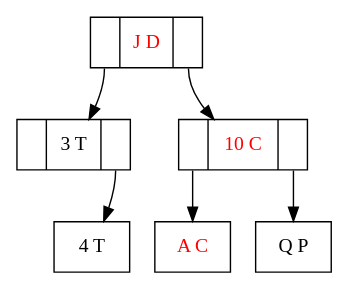
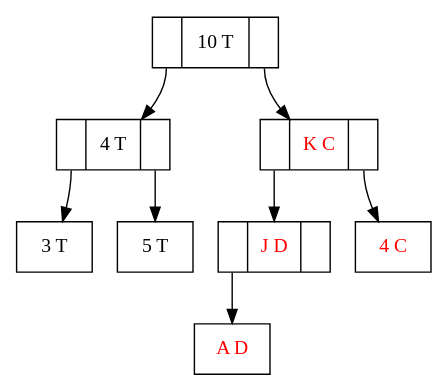
One commit to ElMalRod/Pyramid-Proyecto-2-EDD changed the diagram in aux_grafico.dot. Above: the diagram before and after it, drawn with Graphviz. The commit also changed 4 other files, not shown here.

```diff
--- a/aux_grafico.dot
+++ b/aux_grafico.dot
@@ -1,15 +1,19 @@
 digraph grafica{
 rankdir=TB;
 node [shape =record, style=filled, fillcolor=gray100];
+nodo4 [ label ="<C0>|10 T|<C1>", fontcolor=black];
+nodo7 [ label ="<C0>|4 T|<C1>", fontcolor=black];
+nodo6 [ label ="3 T", fontcolor=black];
+nodo7:C0->nodo6
+nodo5 [ label ="5 T", fontcolor=black];
+nodo7:C1->nodo5
+nodo4:C0->nodo7
+nodo9 [ label ="<C0>|K C|<C1>", fontcolor=red];
 nodo3 [ label ="<C0>|J D|<C1>", fontcolor=red];
-nodo1 [ label ="<C0>|3 T|<C1>", fontcolor=black];
-nodo4 [ label ="4 T", fontcolor=black];
-nodo1:C1->nodo4
-nodo3:C0->nodo1
-nodo2 [ label ="<C0>|10 C|<C1>", fontcolor=red];
-nodo5 [ label ="A C", fontcolor=red];
-nodo2:C0->nodo5
-nodo7 [ label ="Q P", fontcolor=black];
-nodo2:C1->nodo7
-nodo3:C1->nodo2
+nodo10 [ label ="A D", fontcolor=red];
+nodo3:C0->nodo10
+nodo9:C0->nodo3
+nodo8 [ label ="4 C", fontcolor=red];
+nodo9:C1->nodo8
+nodo4:C1->nodo9
 }
```
